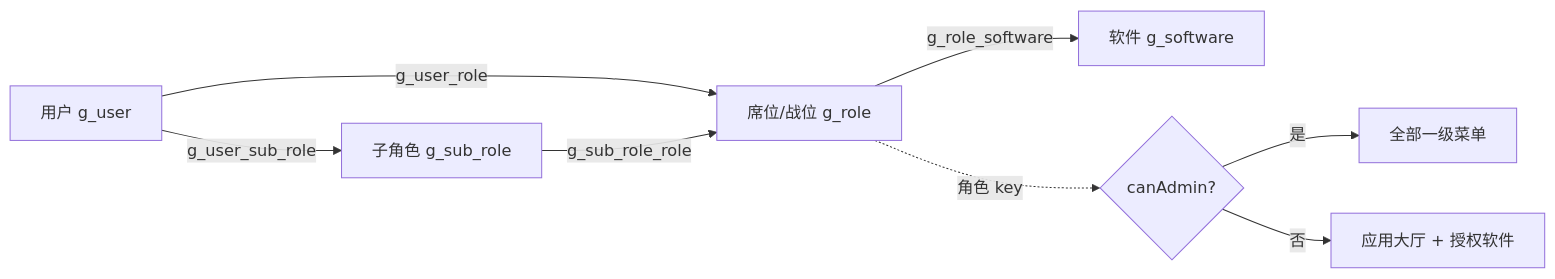
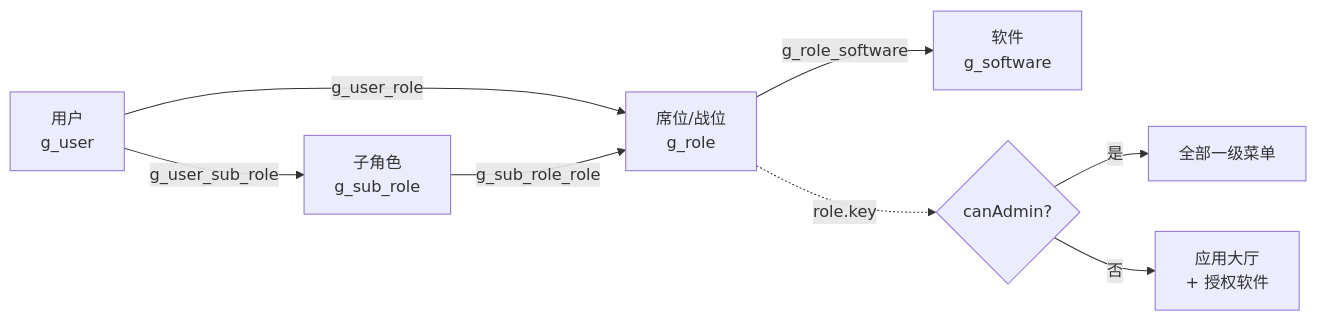
Before and after one commit to csm0617/paas-mosp-backend: the ninth of 28 diagrams in docs/requirements/rewrite-requirements.md, drawn with Mermaid. The commit also changed other lines of this file, not shown here.

First line of the commit message:
docs(requirements): 需求规格改版为 v2.0，补齐背景、原理、示例与 28 张图

````diff
--- a/docs/requirements/rewrite-requirements.md
+++ b/docs/requirements/rewrite-requirements.md
@@ -280,10 +639,10 @@
 ```mermaid
 flowchart LR
-  U[用户 g_user] -->|g_user_role| R[席位/战位 g_role]
-  R -->|g_role_software| S[软件 g_software]
-  U -->|g_user_sub_role| SR[子角色 g_sub_role]
+  U["用户<br/>g_user"] -->|g_user_role| R["席位/战位<br/>g_role"]
+  R -->|g_role_software| S["软件<br/>g_software"]
+  U -->|g_user_sub_role| SR["子角色<br/>g_sub_role"]
   SR -->|g_sub_role_role| R
-  R -.->|角色 key| C{canAdmin?}
-  C -->|是| M[全部一级菜单]
-  C -->|否| H[应用大厅 + 授权软件]
+  R -.->|"role.key"| CA{"canAdmin?"}
+  CA -->|是| M["全部一级菜单"]
+  CA -->|否| H["应用大厅<br/>+ 授权软件"]
 ```
````
